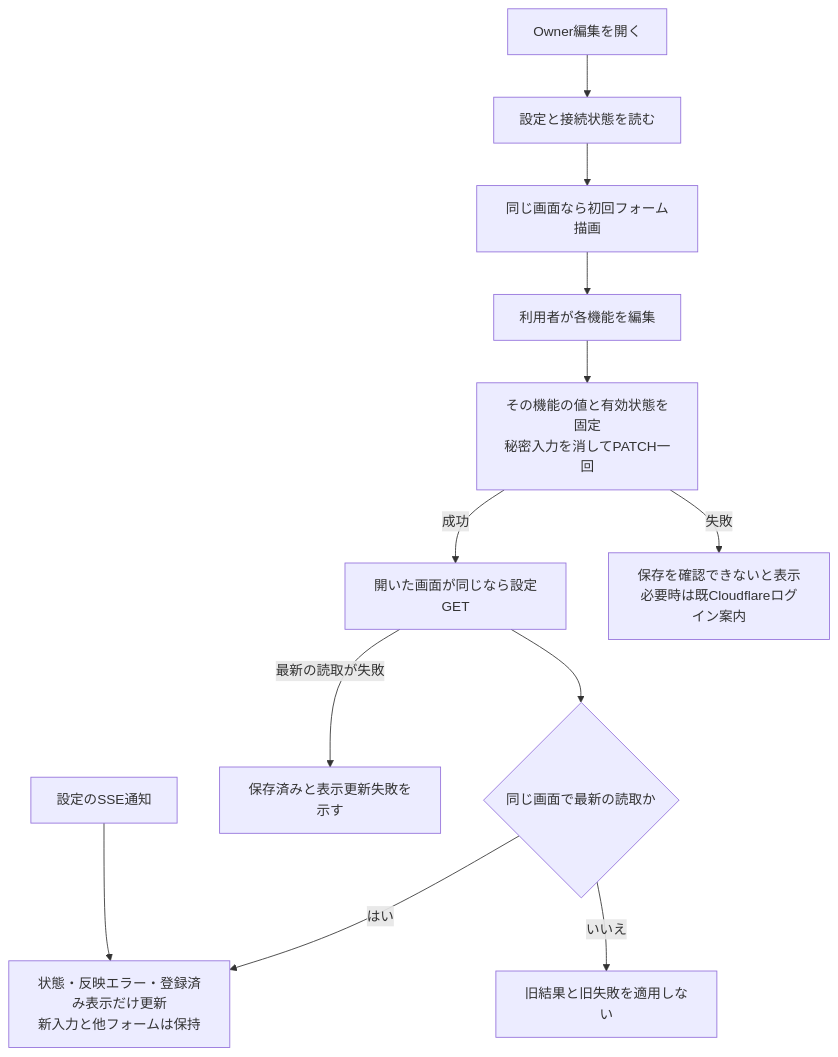
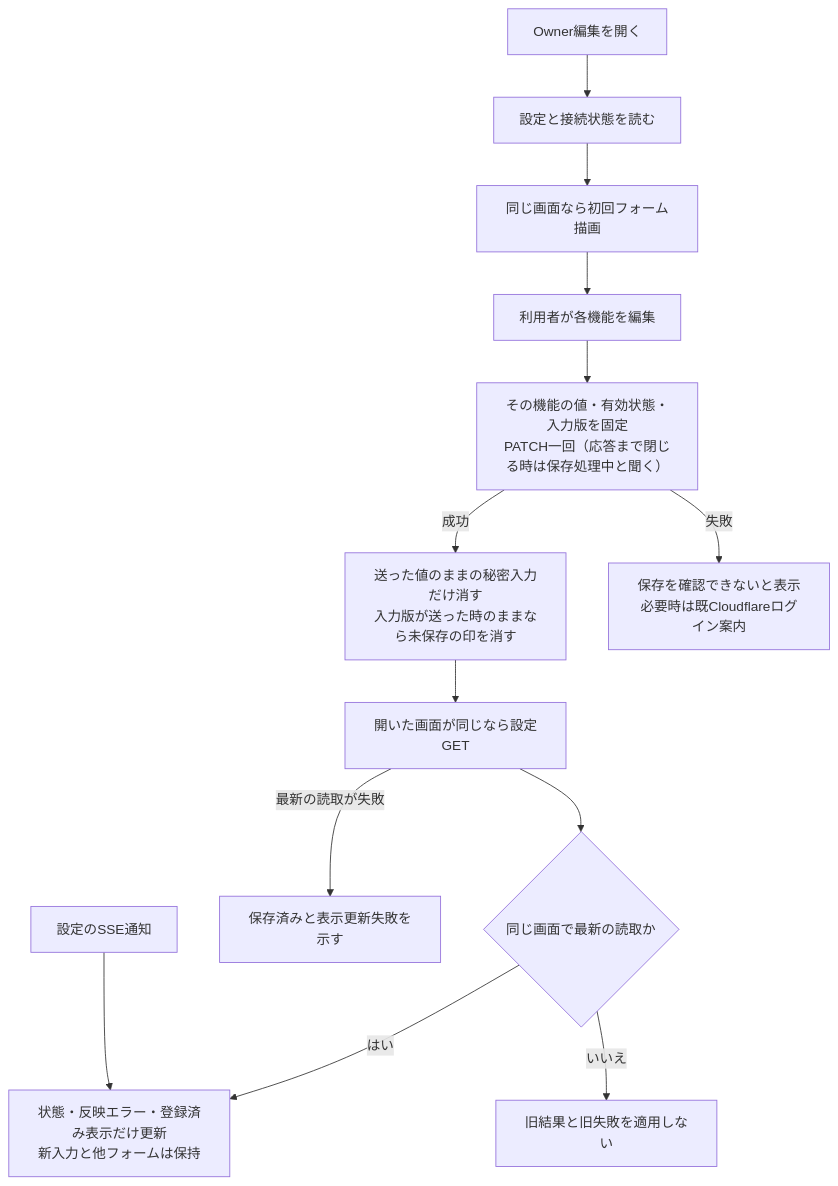
One commit to kitepon/BellTeam changed the fourth of 7 diagrams in docs/architecture/modules/web/management.md. Above: the diagram before and after it, drawn with Mermaid. The commit also changed other lines of this file and 7 other files, not shown here.

````diff
--- a/docs/architecture/modules/web/management.md
+++ b/docs/architecture/modules/web/management.md
@@ -91,14 +94,15 @@
 ```mermaid
 flowchart TD
   Open["Owner編集を開く"] --> Initial["設定と接続状態を読む"]
   Initial --> Render["同じ画面なら初回フォーム描画"]
   Render --> Input["利用者が各機能を編集"]
-  Input --> Save["その機能の値と有効状態を固定<br/>秘密入力を消してPATCH一回"]
-  Save -->|"成功"| Read["開いた画面が同じなら設定GET"]
+  Input --> Save["その機能の値・有効状態・入力版を固定<br/>PATCH一回（応答まで閉じる時は保存処理中と聞く）"]
+  Save -->|"成功"| Clear["送った値のままの秘密入力だけ消す<br/>入力版が送った時のままなら未保存の印を消す"]
+  Clear --> Read["開いた画面が同じなら設定GET"]
   Read --> Check{"同じ画面で最新の読取か"}
   Check -->|"はい"| Status["状態・反映エラー・登録済み表示だけ更新<br/>新入力と他フォームは保持"]
   Check -->|"いいえ"| Ignore["旧結果と旧失敗を適用しない"]
   Read -->|"最新の読取が失敗"| Partial["保存済みと表示更新失敗を示す"]
   Save -->|"失敗"| Error["保存を確認できないと表示<br/>必要時は既Cloudflareログイン案内"]
   Event["設定のSSE通知"] --> Status
 ```
````
